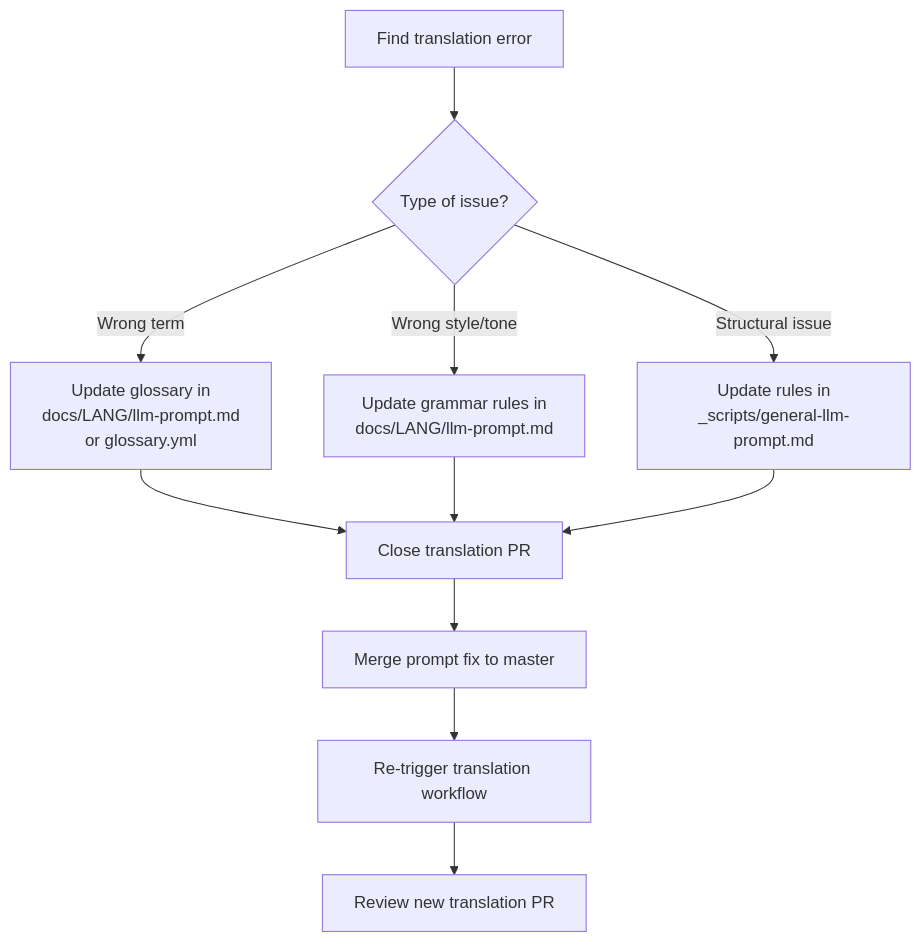
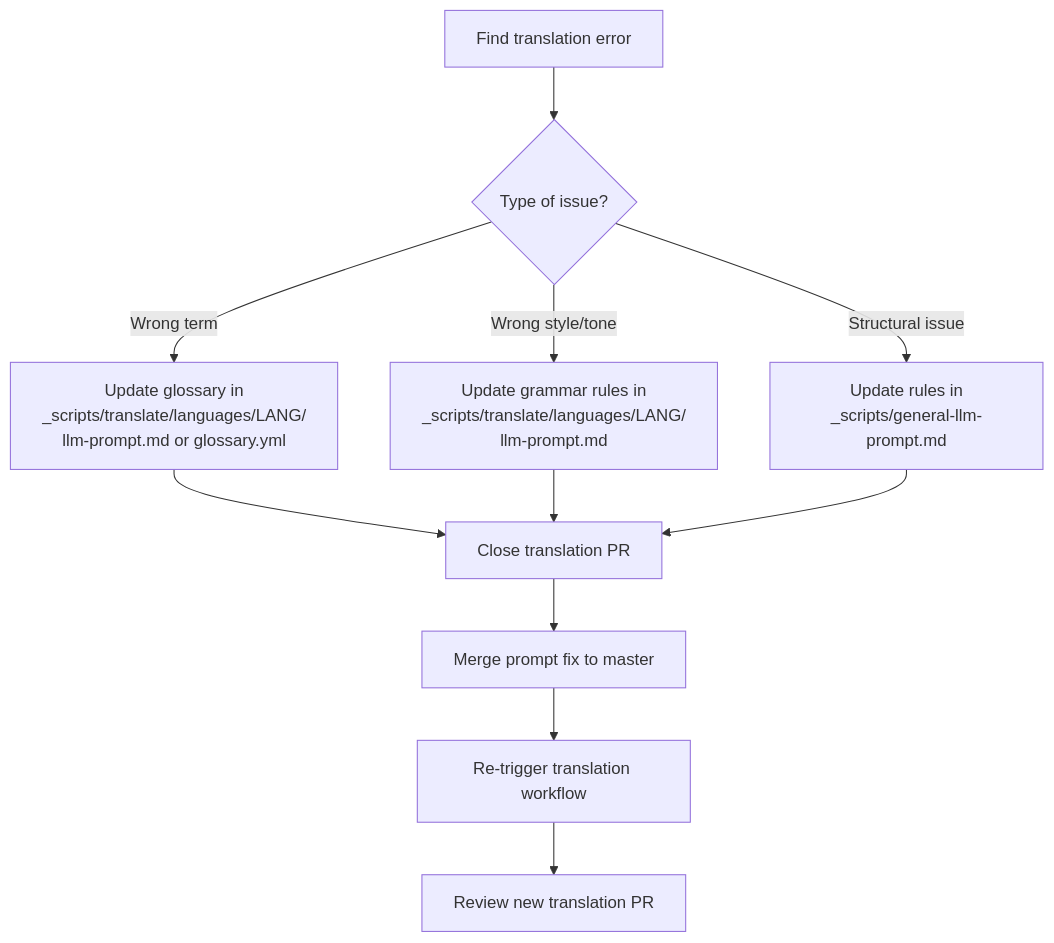
Before and after one commit to nextflow-io/training: the third of 3 diagrams in TRANSLATING.md, drawn with Mermaid. The commit also changed other lines of this file and 5 other files, not shown here.

````diff
--- a/TRANSLATING.md
+++ b/TRANSLATING.md
@@ -243,13 +279,13 @@
 ```mermaid
 flowchart TD
     A[Find translation error] --> B{Type of issue?}
-    B -->|Wrong term| C[Update glossary in<br>docs/LANG/llm-prompt.md<br>or glossary.yml]
-    B -->|Wrong style/tone| D[Update grammar rules in<br>docs/LANG/llm-prompt.md]
+    B -->|Wrong term| C[Update glossary in<br>_scripts/translate/languages/LANG/<br>llm-prompt.md or glossary.yml]
+    B -->|Wrong style/tone| D[Update grammar rules in<br>_scripts/translate/languages/LANG/<br>llm-prompt.md]
     B -->|Structural issue| E[Update rules in<br>_scripts/general-llm-prompt.md]
     C --> F[Close translation PR]
     D --> F
     E --> F
     F --> G[Merge prompt fix to master]
     G --> H[Re-trigger translation workflow]
     H --> I[Review new translation PR]
 ```
````
